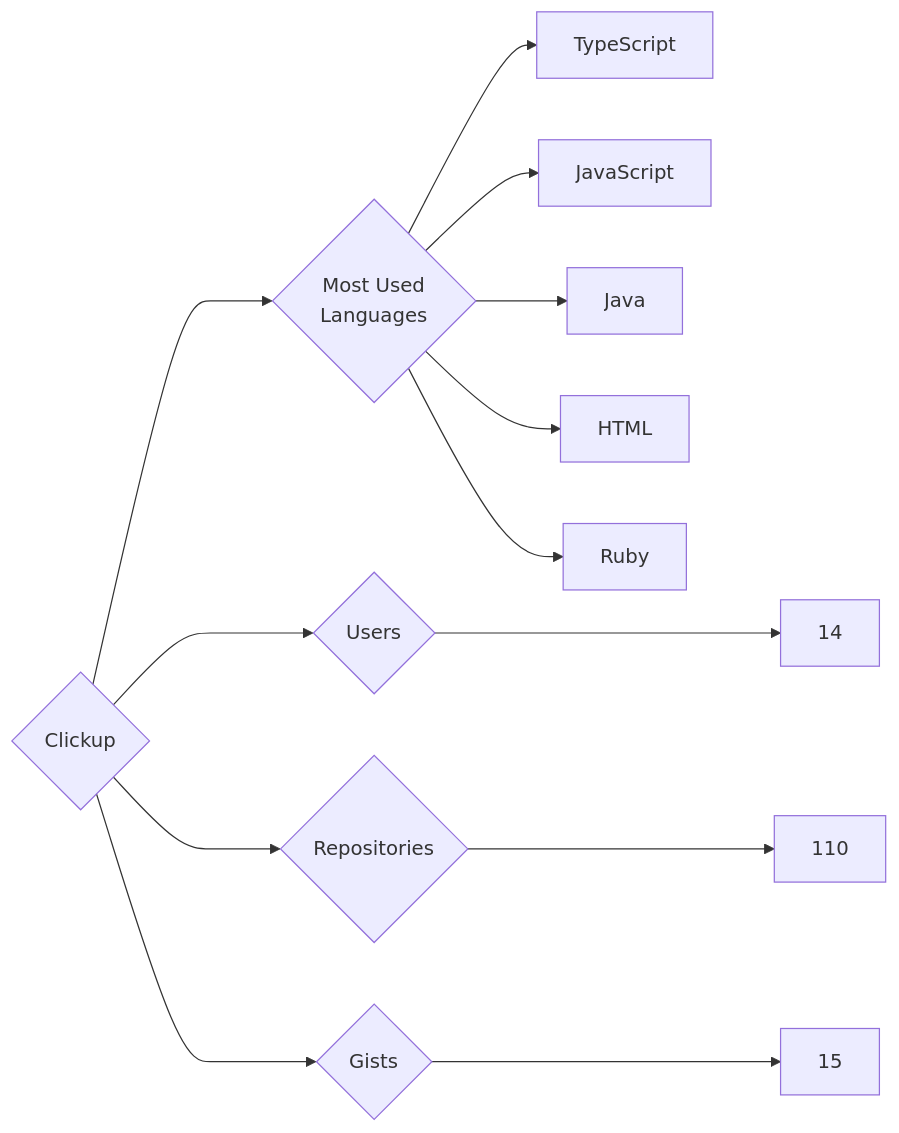
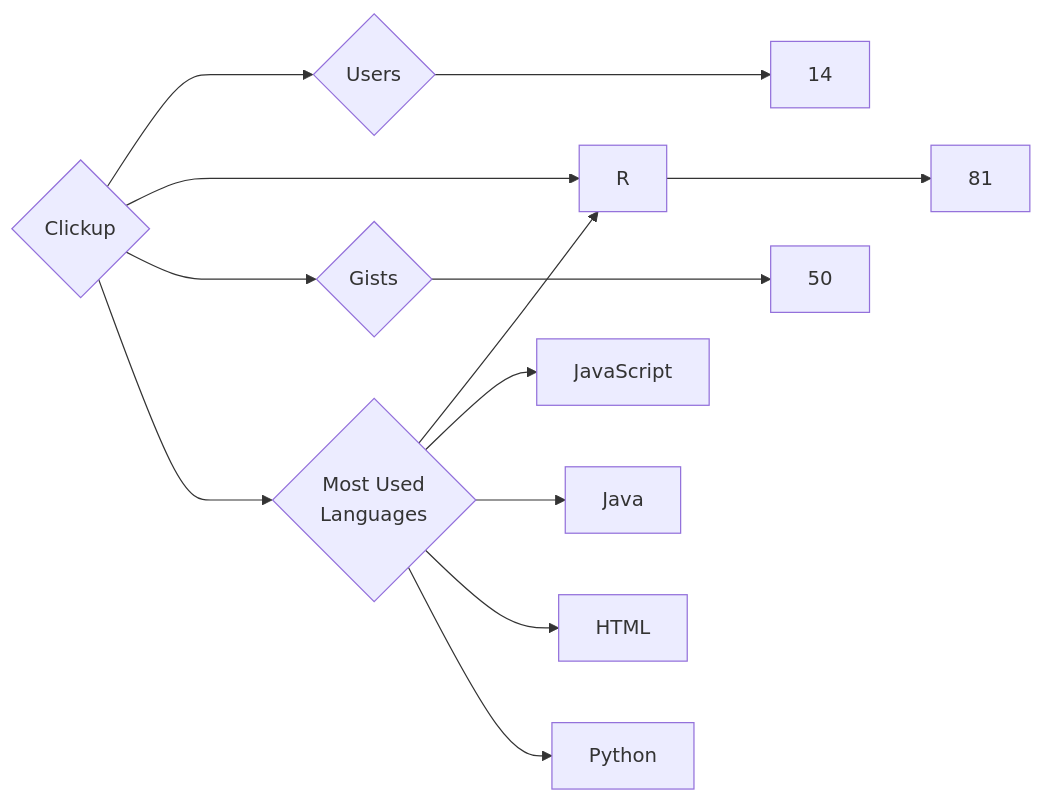
Before and after one commit to trickest/insiders: the diagram in targets/Clickup/README.md, drawn with Mermaid. The commit also changed 640 other files, not shown here.

````diff
--- a/targets/Clickup/README.md
+++ b/targets/Clickup/README.md
@@ -3,13 +3,13 @@
 ```mermaid
 graph LR
 COMPANY_NAME{Clickup}
 COMPANY_NAME ---> U{Users} ---> UN[14]
-COMPANY_NAME ---> R{Repositories} ---> RN[110]
-COMPANY_NAME ---> G{Gists} ---> GN[15]
+COMPANY_NAME ---> R{Repositories} ---> RN[81]
+COMPANY_NAME ---> G{Gists} ---> GN[50]
 COMPANY_NAME ---> ML{Most Used<br>Languages}
-ML --> TypeScript[TypeScript]
+ML --> R[R]
 ML --> JavaScript[JavaScript]
 ML --> Java[Java]
 ML --> HTML[HTML]
-ML --> Ruby[Ruby]
+ML --> Python[Python]
 ```
````
